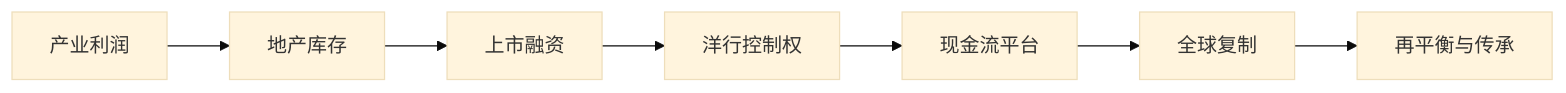
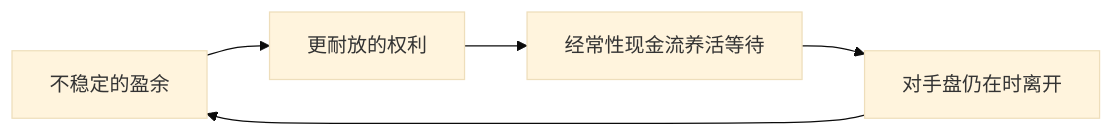
The second of 3 diagrams in 50-strategy/53-li-ka-shing-capital-allocation-treatise.md (xiaxinyu/knowledge_base), drawn with Mermaid (base theme) before and after one commit. The commit also changed other lines of this file and 2 other files, not shown here.

````diff
--- a/50-strategy/53-li-ka-shing-capital-allocation-treatise.md
+++ b/50-strategy/53-li-ka-shing-capital-allocation-treatise.md
@@ -71,9 +256,8 @@
 ```mermaid
+%% 图 2 三次转换（读法，非操作建议）
 flowchart LR
-  A["产业利润"] --> B["地产库存"]
-  B --> C["上市融资"]
-  C --> D["洋行控制权"]
-  D --> E["现金流平台"]
-  E --> F["全球复制"]
-  F --> G["再平衡与传承"]
+  A["不稳定的盈余"] --> B["更耐放的权利"]
+  B --> C["经常性现金流养活等待"]
+  C --> D["对手盘仍在时离开"]
+  D --> A
 ```
````
